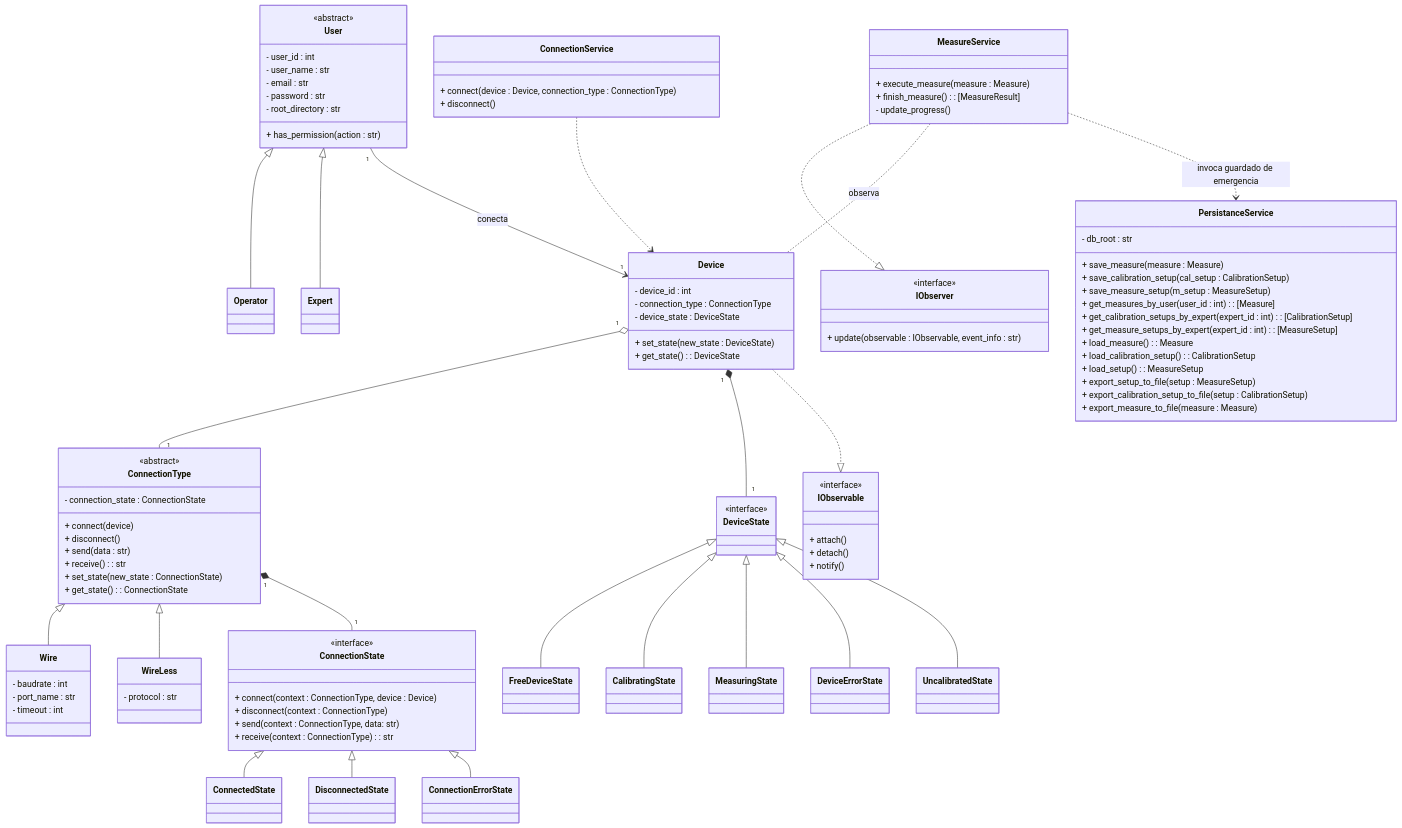
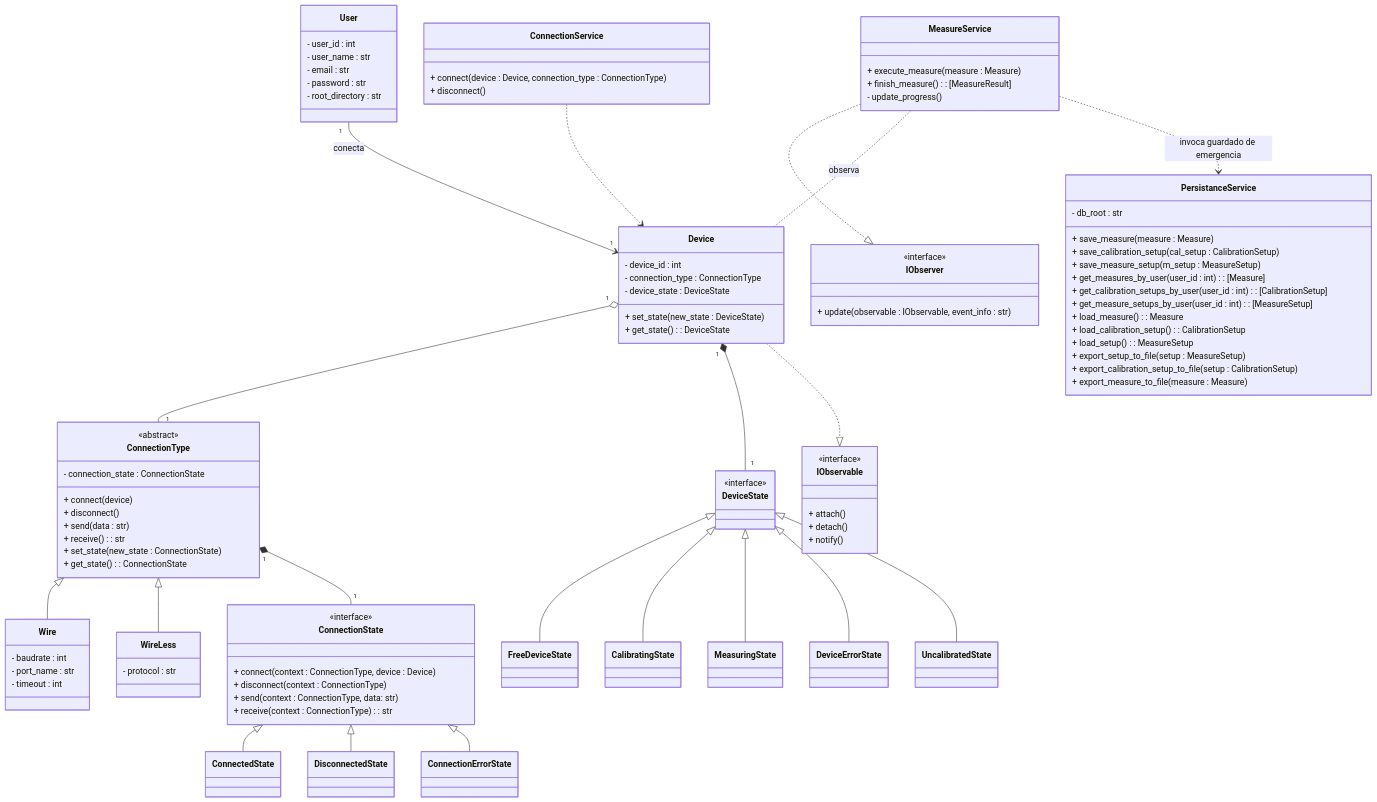
Before and after one commit to alegrelias/Repo-GMini: the second of 6 diagrams in Gmini-MarkDown/Diagramas/Clases Conceptuales.md, drawn with Mermaid. The commit also changed other lines of this file, not shown here.

Commit message:
Se modifica diagrama de clases

```diff
--- a/Gmini-MarkDown/Diagramas/Clases Conceptuales.md
+++ b/Gmini-MarkDown/Diagramas/Clases Conceptuales.md
@@ -232,10 +228,6 @@
 classDiagram
 
 %% jerarquias
-
-User <|-- Operator
-User <|-- Expert
-
 ConnectionType <|-- Wire
 ConnectionType <|-- WireLess
 
@@ -271,19 +263,12 @@
 }
 
 class User {
-	<<abstract>>
 	- user_id : int
 	- user_name : str
 	- email : str
 	- password : str
 	- root_directory : str
-	+ has_permission(action : str)
-}
-
-class Operator{
-
-}
-class Expert{
+	
 }
 
 class Device{
@@ -342,8 +327,8 @@
 	+ save_calibration_setup(cal_setup : CalibrationSetup)
 	+ save_measure_setup(m_setup : MeasureSetup)
 	+ get_measures_by_user(user_id : int) : [Measure]
-	+ get_calibration_setups_by_expert(expert_id : int) : [CalibrationSetup]
-	+ get_measure_setups_by_expert(expert_id : int) : [MeasureSetup]
+	+ get_calibration_setups_by_user(user_id : int) : [CalibrationSetup]
+	+ get_measure_setups_by_user(user_id : int) : [MeasureSetup]
 	  
 	%% operaciones en archivos
 	+ load_measure() : Measure
```
